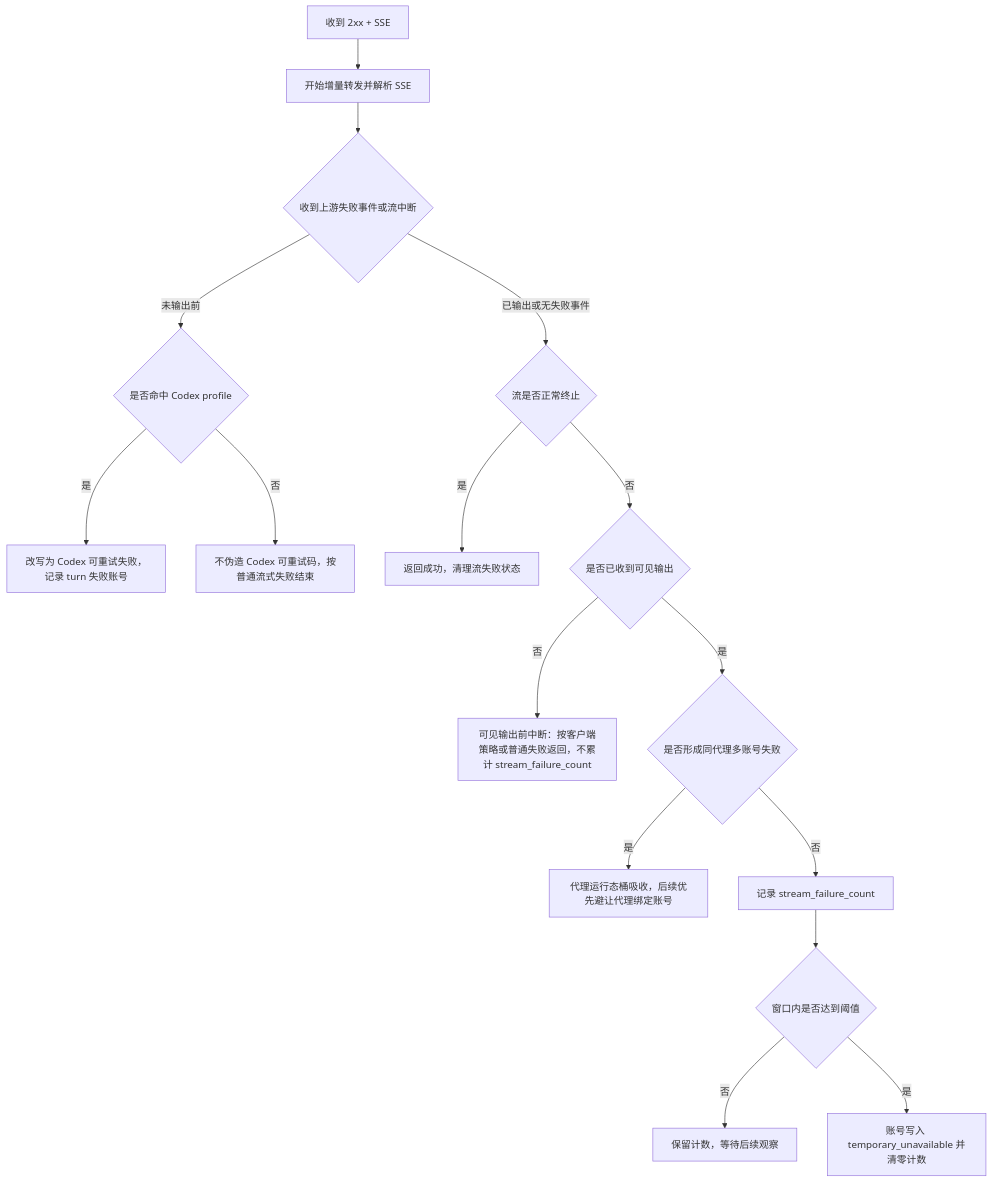
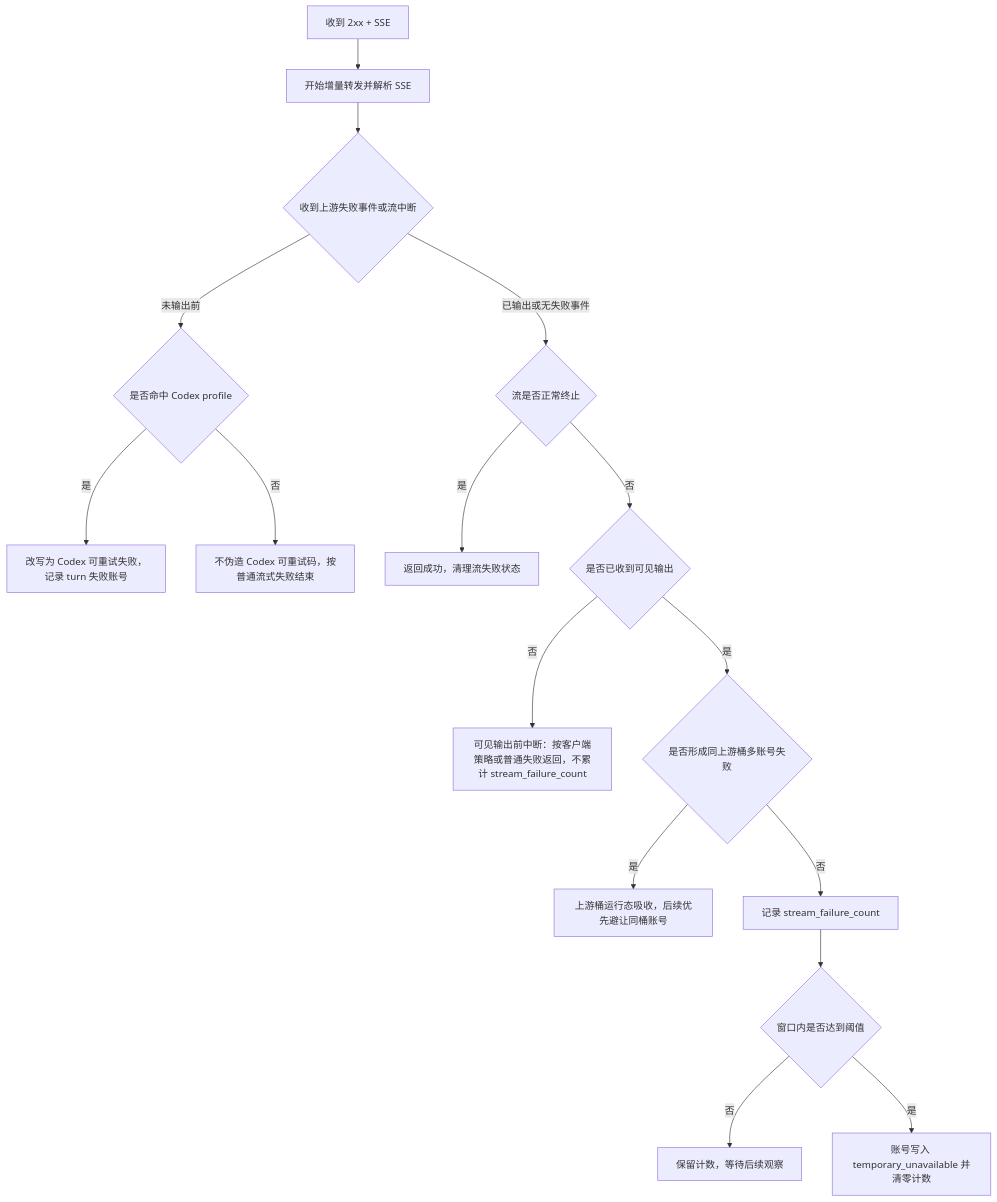
The second of 3 diagrams in docs/functions/网关异常重试与兜底策略.md (huanmin123/juhe-ai), drawn with Mermaid before and after one commit. The commit also changed other lines of this file and 69 other files, not shown here.

````diff
--- a/docs/functions/网关异常重试与兜底策略.md
+++ b/docs/functions/网关异常重试与兜底策略.md
@@ -121,18 +121,18 @@
 ```mermaid
 flowchart TD
   A["收到 2xx + SSE"] --> B["开始增量转发并解析 SSE"]
   B --> C{"收到上游失败事件或流中断"}
   C -- "未输出前" --> D{"是否命中 Codex profile"}
   D -- "是" --> M["改写为 Codex 可重试失败，记录 turn 失败账号"]
   D -- "否" --> N["不伪造 Codex 可重试码，按普通流式失败结束"]
   C -- "已输出或无失败事件" --> E{"流是否正常终止"}
   E -- "是" --> F["返回成功，清理流失败状态"]
   E -- "否" --> G{"是否已收到可见输出"}
   G -- "否" --> H["可见输出前中断：按客户端策略或普通失败返回，不累计 stream_failure_count"]
-  G -- "是" --> I{"是否形成同代理多账号失败"}
-  I -- "是" --> O["代理运行态桶吸收，后续优先避让代理绑定账号"]
+  G -- "是" --> I{"是否形成同上游桶多账号失败"}
+  I -- "是" --> O["上游桶运行态吸收，后续优先避让同桶账号"]
   I -- "否" --> J["记录 stream_failure_count"]
   J --> K{"窗口内是否达到阈值"}
   K -- "否" --> L["保留计数，等待后续观察"]
   K -- "是" --> P["账号写入 temporary_unavailable 并清零计数"]
 ```
````
